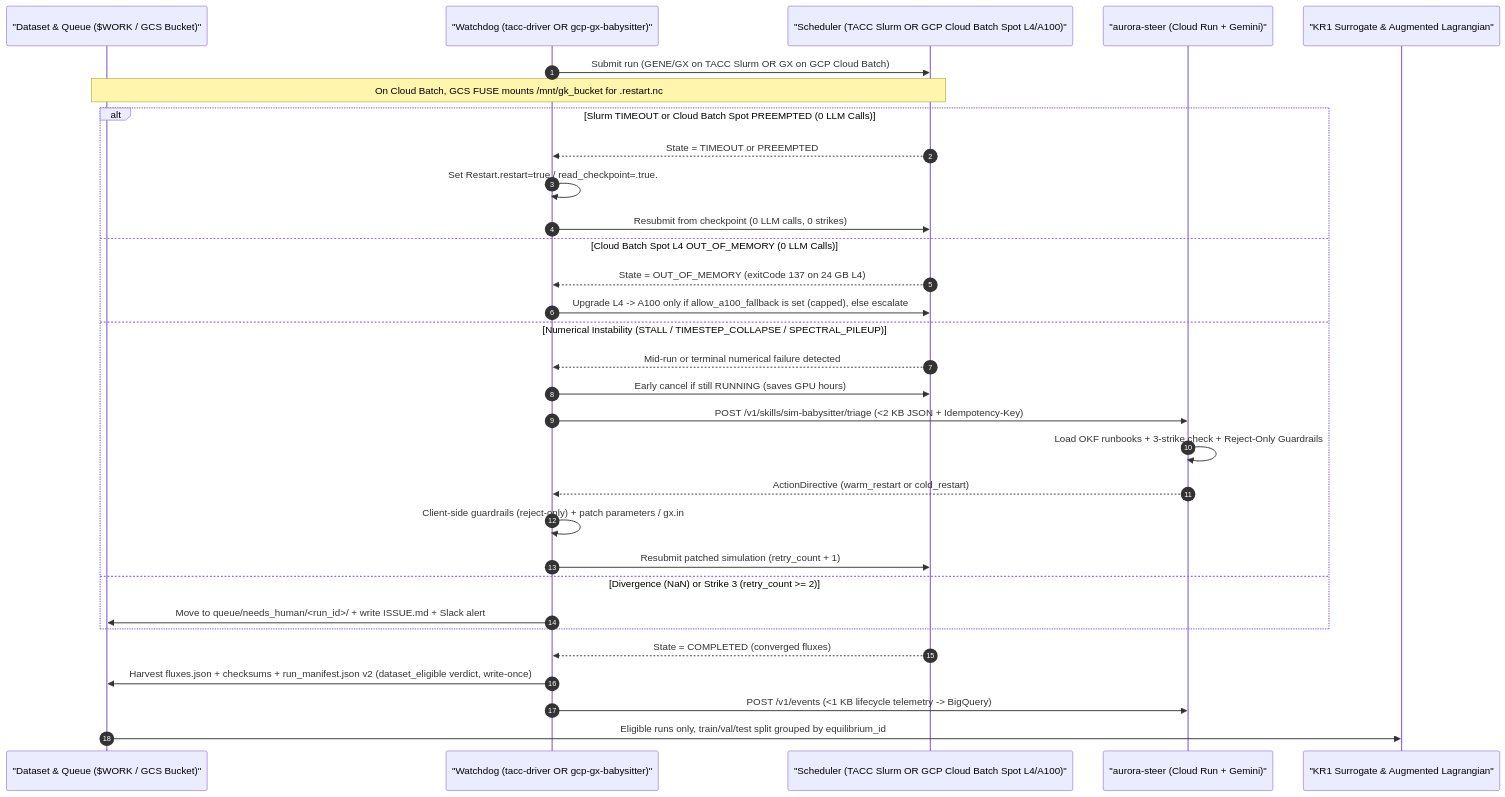
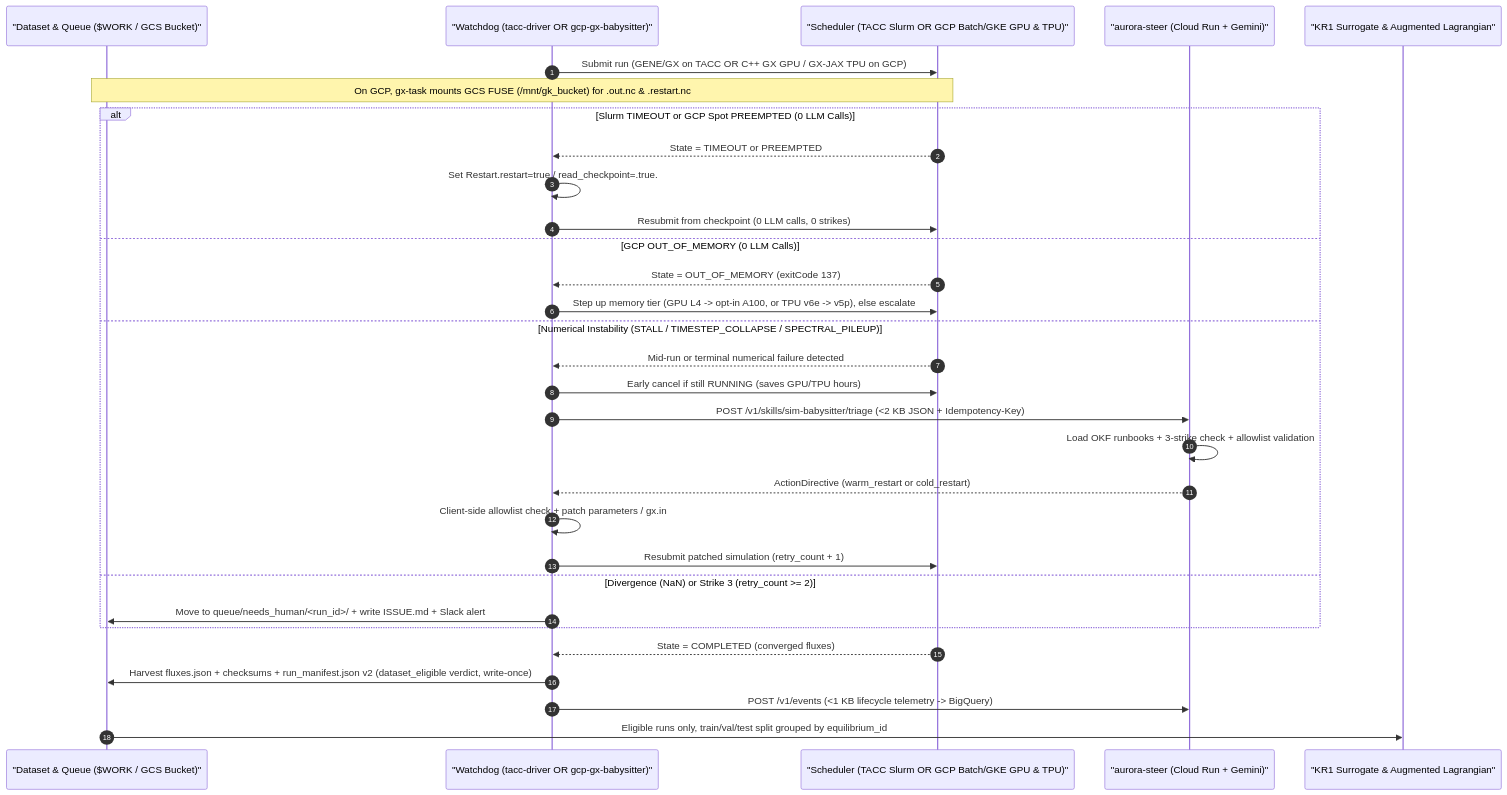
One commit to jburby88/GoogleAcceleratorAutomatedGKSimulations changed the second of 2 diagrams in docs/architecture.md. Above: the diagram before and after it, drawn with Mermaid. The commit also changed other lines of this file and 1 other file, not shown here.

Commit message:
Update title and TPU architecture diagrams

````diff
--- a/docs/architecture.md
+++ b/docs/architecture.md
@@ -61,36 +65,36 @@
 ```mermaid
 sequenceDiagram
     autonumber
     participant GCS as "Dataset & Queue ($WORK / GCS Bucket)"
     participant WD as "Watchdog (tacc-driver OR gcp-gx-babysitter)"
-    participant EXEC as "Scheduler (TACC Slurm OR GCP Cloud Batch Spot L4/A100)"
+    participant EXEC as "Scheduler (TACC Slurm OR GCP Batch/GKE GPU & TPU)"
     participant BRAIN as "aurora-steer (Cloud Run + Gemini)"
     participant KR1 as "KR1 Surrogate & Augmented Lagrangian"
 
-    WD->>EXEC: Submit run (GENE/GX on TACC Slurm OR GX on GCP Cloud Batch)
-    Note over EXEC,GCS: On Cloud Batch, GCS FUSE mounts /mnt/gk_bucket for .restart.nc
+    WD->>EXEC: Submit run (GENE/GX on TACC OR C++ GX GPU / GX-JAX TPU on GCP)
+    Note over EXEC,GCS: On GCP, gx-task mounts GCS FUSE (/mnt/gk_bucket) for .out.nc & .restart.nc
 
-    alt Slurm TIMEOUT or Cloud Batch Spot PREEMPTED (0 LLM Calls)
+    alt Slurm TIMEOUT or GCP Spot PREEMPTED (0 LLM Calls)
         EXEC-->>WD: State = TIMEOUT or PREEMPTED
         WD->>WD: Set Restart.restart=true / read_checkpoint=.true.
         WD->>EXEC: Resubmit from checkpoint (0 LLM calls, 0 strikes)
-    else Cloud Batch Spot L4 OUT_OF_MEMORY (0 LLM Calls)
-        EXEC-->>WD: State = OUT_OF_MEMORY (exitCode 137 on 24 GB L4)
-        WD->>EXEC: Upgrade L4 -> A100 only if allow_a100_fallback is set (capped), else escalate
+    else GCP OUT_OF_MEMORY (0 LLM Calls)
+        EXEC-->>WD: State = OUT_OF_MEMORY (exitCode 137)
+        WD->>EXEC: Step up memory tier (GPU L4 -> opt-in A100, or TPU v6e -> v5p), else escalate
     else Numerical Instability (STALL / TIMESTEP_COLLAPSE / SPECTRAL_PILEUP)
         EXEC-->>WD: Mid-run or terminal numerical failure detected
-        WD->>EXEC: Early cancel if still RUNNING (saves GPU hours)
+        WD->>EXEC: Early cancel if still RUNNING (saves GPU/TPU hours)
         WD->>BRAIN: POST /v1/skills/sim-babysitter/triage (<2 KB JSON + Idempotency-Key)
-        BRAIN->>BRAIN: Load OKF runbooks + 3-strike check + Reject-Only Guardrails
+        BRAIN->>BRAIN: Load OKF runbooks + 3-strike check + allowlist validation
         BRAIN-->>WD: ActionDirective (warm_restart or cold_restart)
-        WD->>WD: Client-side guardrails (reject-only) + patch parameters / gx.in
+        WD->>WD: Client-side allowlist check + patch parameters / gx.in
         WD->>EXEC: Resubmit patched simulation (retry_count + 1)
     else Divergence (NaN) or Strike 3 (retry_count >= 2)
         WD->>GCS: Move to queue/needs_human/<run_id>/ + write ISSUE.md + Slack alert
     end
 
     EXEC-->>WD: State = COMPLETED (converged fluxes)
     WD->>GCS: Harvest fluxes.json + checksums + run_manifest.json v2 (dataset_eligible verdict, write-once)
     WD->>BRAIN: POST /v1/events (<1 KB lifecycle telemetry -> BigQuery)
     GCS->>KR1: Eligible runs only, train/val/test split grouped by equilibrium_id
 ```
````
